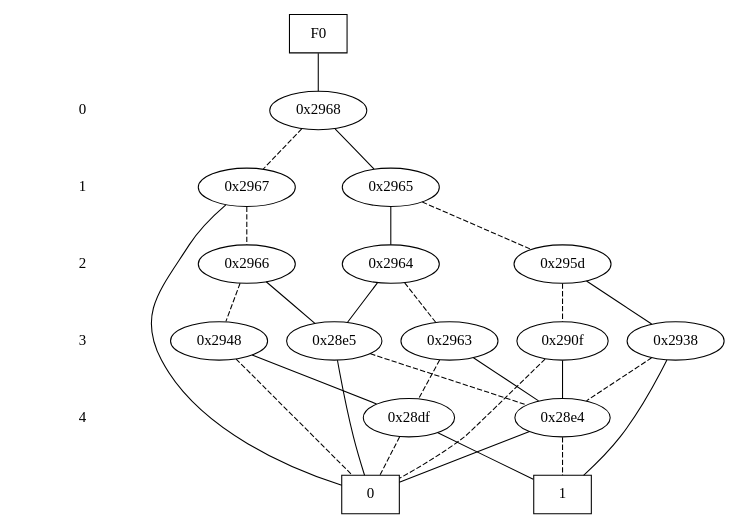
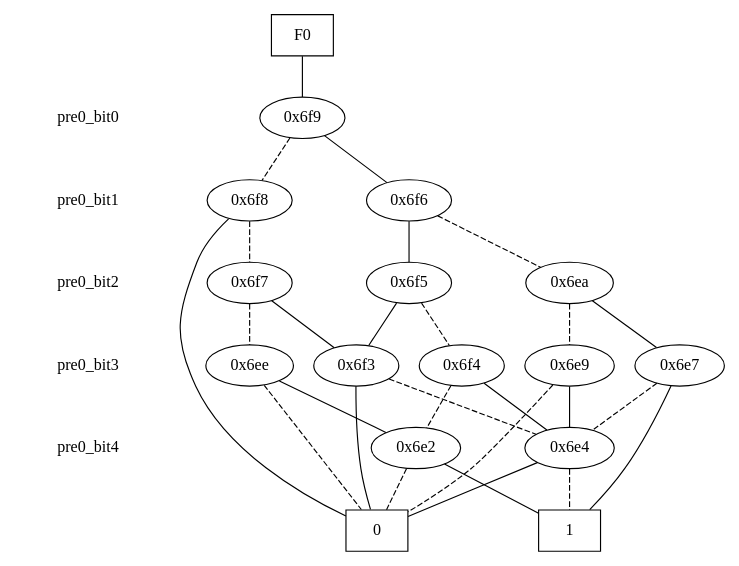
The diagram in current_state.dot (galvusdamor/downward-hm), drawn with Graphviz before and after one commit. The commit also changed 5 other files, not shown here.

```diff
--- a/current_state.dot
+++ b/current_state.dot
@@ -1,69 +1,69 @@
 digraph "DD" {
 size = "7.5,10"
 center = true;
 edge [dir = none];
 { node [shape = plaintext];
   edge [style = invis];
   "CONST NODES" [style = invis];
-" 0 " -> " 1 " -> " 2 " -> " 3 " -> " 4 " -> "CONST NODES"; 
+" pre0_bit0 " -> " pre0_bit1 " -> " pre0_bit2 " -> " pre0_bit3 " -> " pre0_bit4 " -> "CONST NODES"; 
 }
 { rank = same; node [shape = box]; edge [style = invis];
 "F0"; }
-{ rank = same; " 0 ";
-"0x2968";
+{ rank = same; " pre0_bit0 ";
+"0x6f9";
 }
-{ rank = same; " 1 ";
-"0x2965";
-"0x2967";
+{ rank = same; " pre0_bit1 ";
+"0x6f8";
+"0x6f6";
 }
-{ rank = same; " 2 ";
-"0x2964";
-"0x295d";
-"0x2966";
+{ rank = same; " pre0_bit2 ";
+"0x6f5";
+"0x6ea";
+"0x6f7";
 }
-{ rank = same; " 3 ";
-"0x290f";
-"0x28e5";
-"0x2963";
-"0x2948";
-"0x2938";
+{ rank = same; " pre0_bit3 ";
+"0x6f4";
+"0x6e7";
+"0x6ee";
+"0x6e9";
+"0x6f3";
 }
-{ rank = same; " 4 ";
-"0x28df";
-"0x28e4";
+{ rank = same; " pre0_bit4 ";
+"0x6e2";
+"0x6e4";
 }
 { rank = same; "CONST NODES";
-{ node [shape = box]; "0x267a";
-"0x2679";
+{ node [shape = box]; "0x170";
+"0x16f";
 }
 }
-"F0" -> "0x2968" [style = solid];
-"0x2968" -> "0x2965";
-"0x2968" -> "0x2967" [style = dashed];
-"0x2965" -> "0x2964";
-"0x2965" -> "0x295d" [style = dashed];
-"0x2967" -> "0x267a";
-"0x2967" -> "0x2966" [style = dashed];
-"0x2964" -> "0x28e5";
-"0x2964" -> "0x2963" [style = dashed];
-"0x295d" -> "0x2938";
-"0x295d" -> "0x290f" [style = dashed];
-"0x2966" -> "0x28e5";
-"0x2966" -> "0x2948" [style = dashed];
-"0x290f" -> "0x28e4";
-"0x290f" -> "0x267a" [style = dashed];
-"0x28e5" -> "0x267a";
-"0x28e5" -> "0x28e4" [style = dashed];
-"0x2963" -> "0x28e4";
-"0x2963" -> "0x28df" [style = dashed];
-"0x2948" -> "0x28df";
-"0x2948" -> "0x267a" [style = dashed];
-"0x2938" -> "0x2679";
-"0x2938" -> "0x28e4" [style = dashed];
-"0x28df" -> "0x2679";
-"0x28df" -> "0x267a" [style = dashed];
-"0x28e4" -> "0x267a";
-"0x28e4" -> "0x2679" [style = dashed];
-"0x267a" [label = "0"];
-"0x2679" [label = "1"];
+"F0" -> "0x6f9" [style = solid];
+"0x6f9" -> "0x6f6";
+"0x6f9" -> "0x6f8" [style = dashed];
+"0x6f8" -> "0x170";
+"0x6f8" -> "0x6f7" [style = dashed];
+"0x6f6" -> "0x6f5";
+"0x6f6" -> "0x6ea" [style = dashed];
+"0x6f5" -> "0x6f3";
+"0x6f5" -> "0x6f4" [style = dashed];
+"0x6ea" -> "0x6e7";
+"0x6ea" -> "0x6e9" [style = dashed];
+"0x6f7" -> "0x6f3";
+"0x6f7" -> "0x6ee" [style = dashed];
+"0x6f4" -> "0x6e4";
+"0x6f4" -> "0x6e2" [style = dashed];
+"0x6e7" -> "0x16f";
+"0x6e7" -> "0x6e4" [style = dashed];
+"0x6ee" -> "0x6e2";
+"0x6ee" -> "0x170" [style = dashed];
+"0x6e9" -> "0x6e4";
+"0x6e9" -> "0x170" [style = dashed];
+"0x6f3" -> "0x170";
+"0x6f3" -> "0x6e4" [style = dashed];
+"0x6e2" -> "0x16f";
+"0x6e2" -> "0x170" [style = dashed];
+"0x6e4" -> "0x170";
+"0x6e4" -> "0x16f" [style = dashed];
+"0x170" [label = "0"];
+"0x16f" [label = "1"];
 }
```
